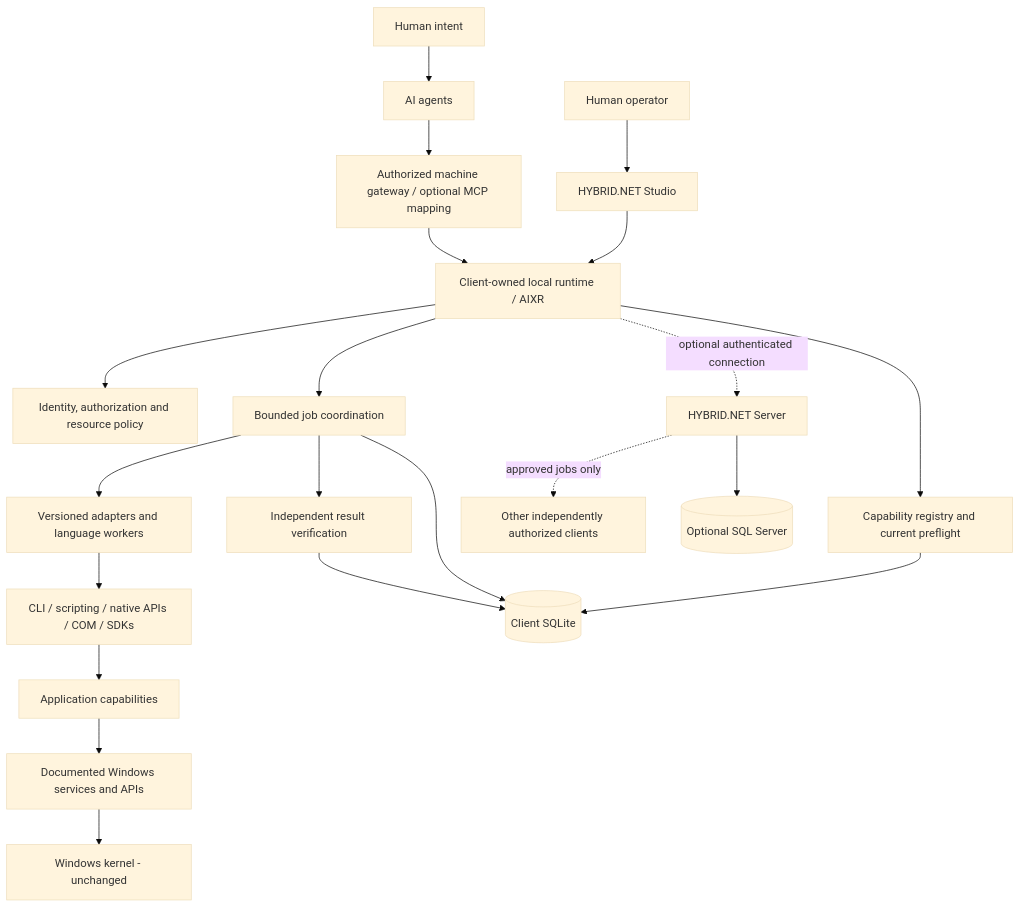
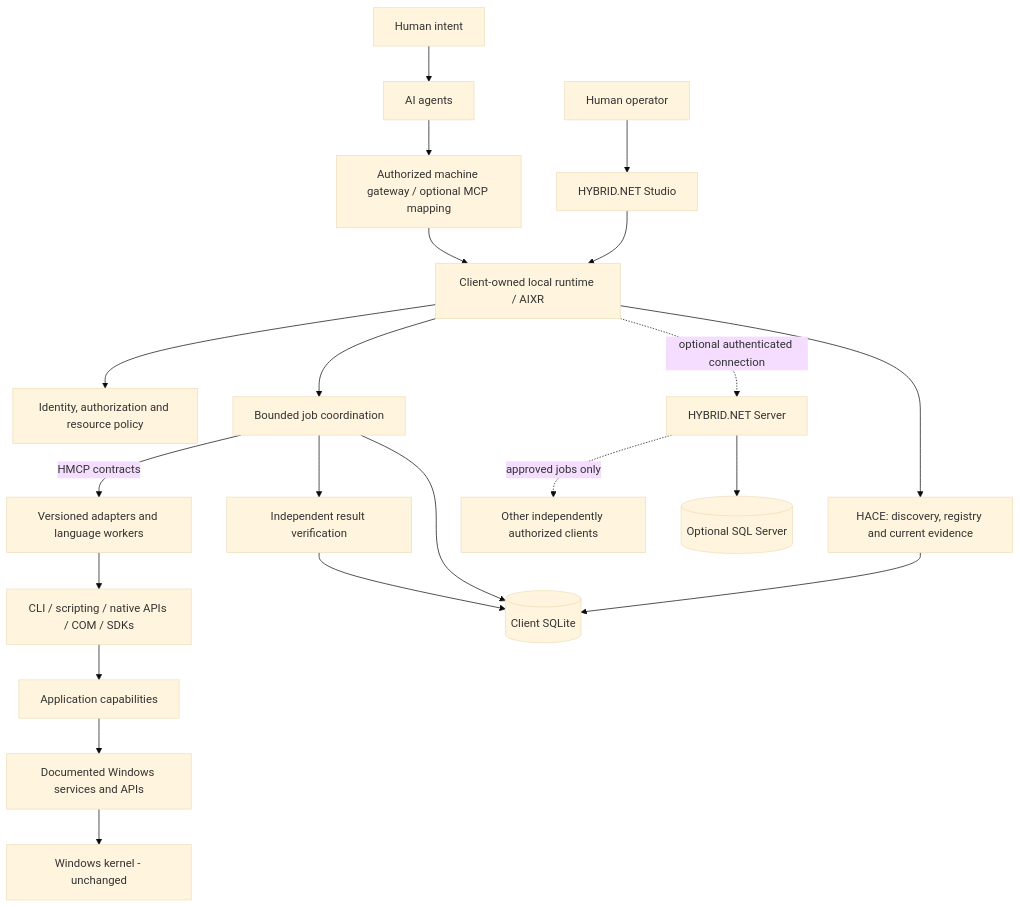
One commit to chatgptopenaiagi/HYBRID-NET changed the first of 2 diagrams in ARCHITECTURE.md. Above: the diagram before and after it, drawn with Mermaid (base theme). The commit also changed other lines of this file and 31 other files, not shown here.

Commit message:
Preserve HACE architecture and independent execution evidence

````diff
--- a/ARCHITECTURE.md
+++ b/ARCHITECTURE.md
@@ -9,23 +9,23 @@
 ```mermaid
 flowchart TB
     Intent[Human intent] --> Agents[AI agents]
     People[Human operator] --> Studio[HYBRID.NET Studio]
     Agents --> Gateway[Authorized machine gateway / optional MCP mapping]
     Studio --> Local[Client-owned local runtime / AIXR]
     Gateway --> Local
-    Local --> Discovery[Capability registry and current preflight]
+    Local --> Discovery[HACE: discovery, registry and current evidence]
     Local --> Policy[Identity, authorization and resource policy]
     Local --> Jobs[Bounded job coordination]
-    Jobs --> Adapters[Versioned adapters and language workers]
+    Jobs -->|HMCP contracts| Adapters[Versioned adapters and language workers]
     Adapters --> APIs[CLI / scripting / native APIs / COM / SDKs]
     APIs --> Apps[Application capabilities]
     Apps --> OS[Documented Windows services and APIs]
     OS --> Kernel[Windows kernel - unchanged]
     Jobs --> Verify[Independent result verification]
     Discovery --> DB[(Client SQLite)]
     Jobs --> DB
     Verify --> DB
     Local -. optional authenticated connection .-> Server[HYBRID.NET Server]
     Server -. approved jobs only .-> Other[Other independently authorized clients]
     Server --> SQL[(Optional SQL Server)]
 ```
````
